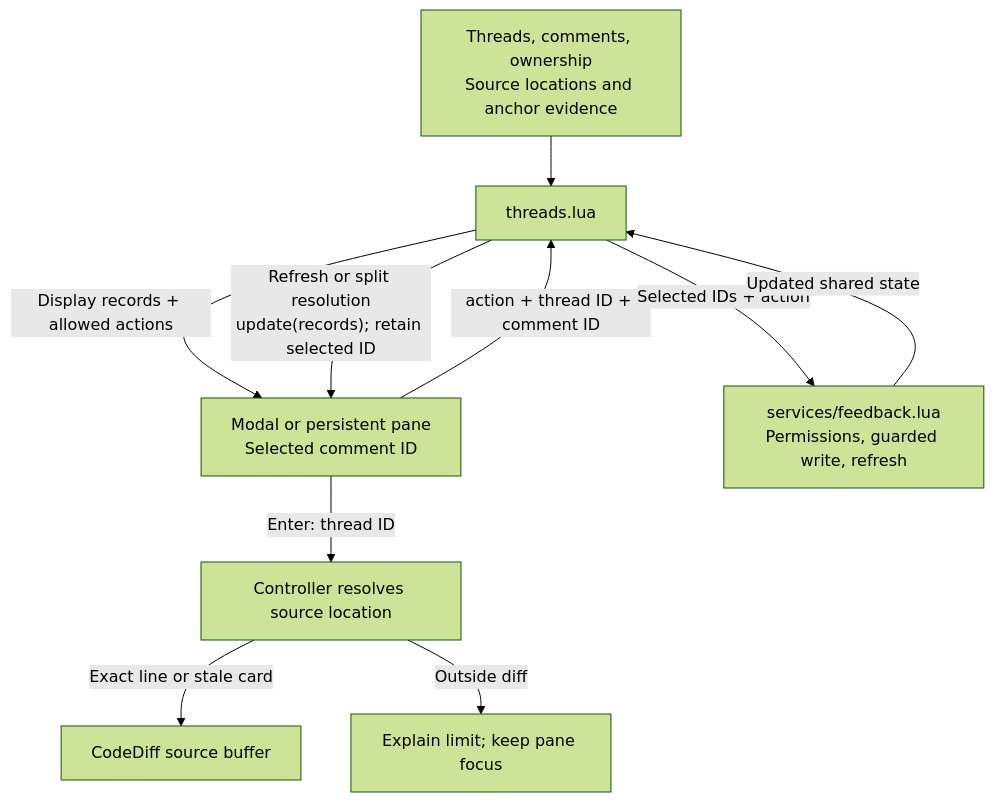
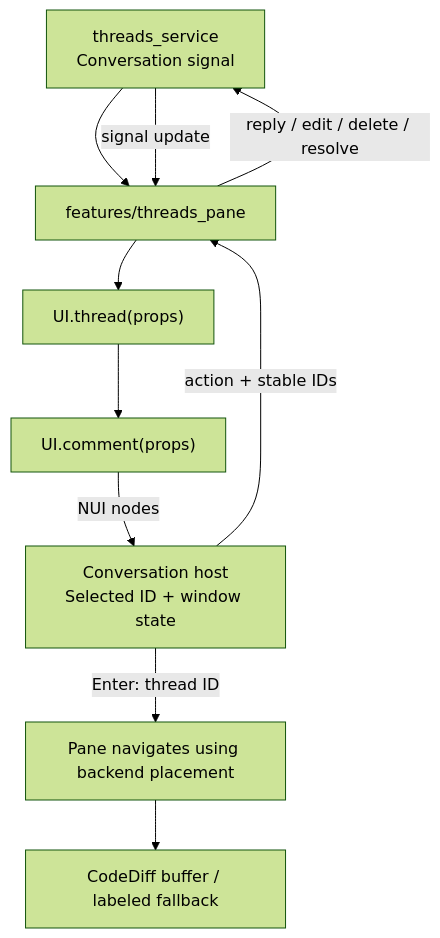
Before and after one commit to difflab-io/lgtm: the second of 2 diagrams in docs/architecture/lgtm.nvim/ui/conversation.md, drawn with Mermaid (forest theme). The commit also changed other lines of this file and 119 other files, not shown here.

````diff
--- a/docs/architecture/lgtm.nvim/ui/conversation.md
+++ b/docs/architecture/lgtm.nvim/ui/conversation.md
@@ -129,12 +129,12 @@
 ```mermaid
 flowchart TD
-  Models["Threads, comments, ownership<br/>Source locations and anchor evidence"] --> Controller["threads.lua"]
-  Controller -->|"Display records + allowed actions"| View["Modal or persistent pane<br/>Selected comment ID"]
-  View -->|"action + thread ID + comment ID"| Controller
-  Controller -->|"Selected IDs + action"| Service["services/feedback.lua<br/>Permissions, guarded write, refresh"]
-  Service -->|"Updated shared state"| Controller
-  Controller -->|"Refresh or split resolution<br/>update(records); retain selected ID"| View
-  View -->|"Enter: thread ID"| Location["Controller resolves source location"]
-  Location -->|"Exact line or stale card"| Source["CodeDiff source buffer"]
-  Location -->|"Outside diff"| Notice["Explain limit; keep pane focus"]
+  Service["threads_service<br/>Conversation signal"] --> Pane["features/threads_pane"]
+  Pane --> Thread["UI.thread(props)"]
+  Thread --> Comment["UI.comment(props)"]
+  Comment -->|"NUI nodes"| View["Conversation host<br/>Selected ID + window state"]
+  View -->|"action + stable IDs"| Pane
+  Pane -->|"reply / edit / delete / resolve"| Service
+  Service -->|"signal update"| Pane
+  View -->|"Enter: thread ID"| Location["Pane navigates using backend placement"]
+  Location --> Source["CodeDiff buffer / labeled fallback"]
 ```
````
